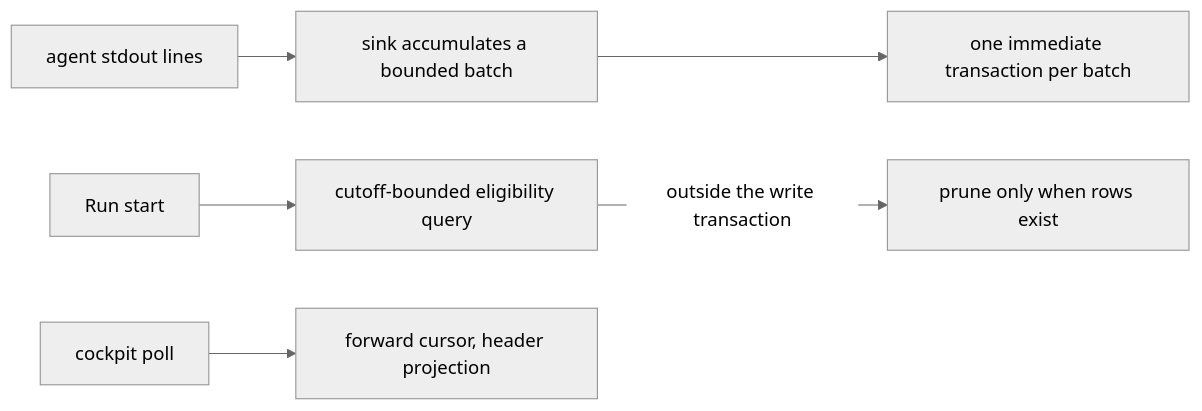
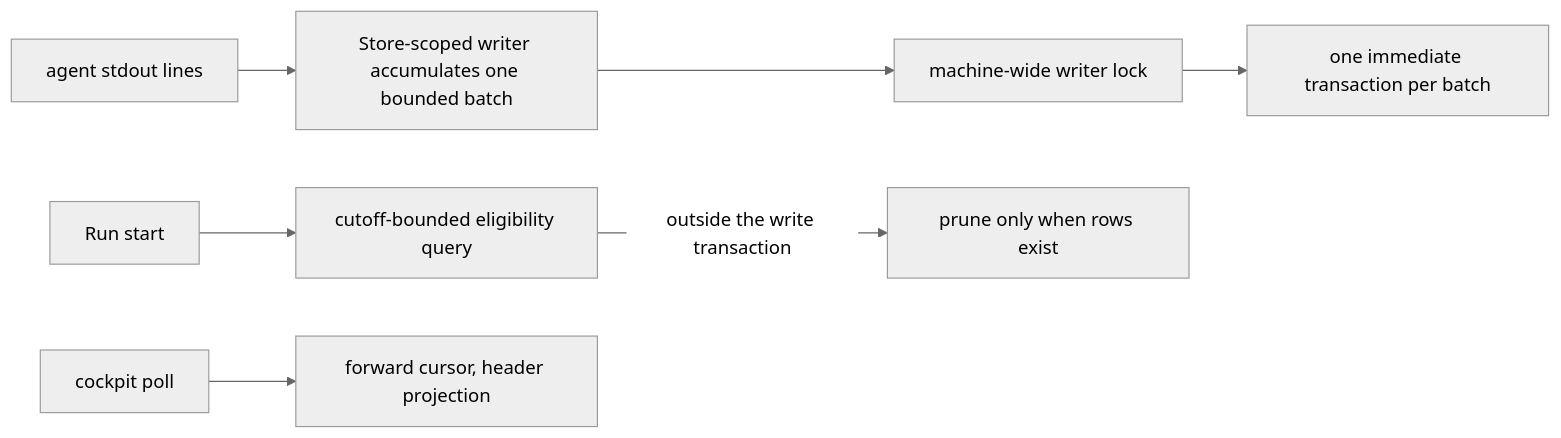
The diagram in docs/specs/0081-a-journal-cheap-to-write-and-keep/_techspec.md (marcioaltoe/roundfix), drawn with Mermaid (neutral theme) before and after one commit. The commit also changed other lines of this file and 6 other files, not shown here.

````diff
--- a/docs/specs/0081-a-journal-cheap-to-write-and-keep/_techspec.md
+++ b/docs/specs/0081-a-journal-cheap-to-write-and-keep/_techspec.md
@@ -71,8 +76,9 @@
 ```mermaid
 flowchart LR
-    A[agent stdout lines] --> B[sink accumulates a bounded batch]
-    B --> C[one immediate transaction per batch]
-    D[Run start] --> E[cutoff-bounded eligibility query]
-    E -->|outside the write transaction| F[prune only when rows exist]
-    G[cockpit poll] --> H[forward cursor, header projection]
+    A[agent stdout lines] --> B[Store-scoped writer accumulates one bounded batch]
+    B --> C[machine-wide writer lock]
+    C --> D[one immediate transaction per batch]
+    E[Run start] --> F[cutoff-bounded eligibility query]
+    F -->|outside the write transaction| G[prune only when rows exist]
+    H[cockpit poll] --> I[forward cursor, header projection]
 ```
````
